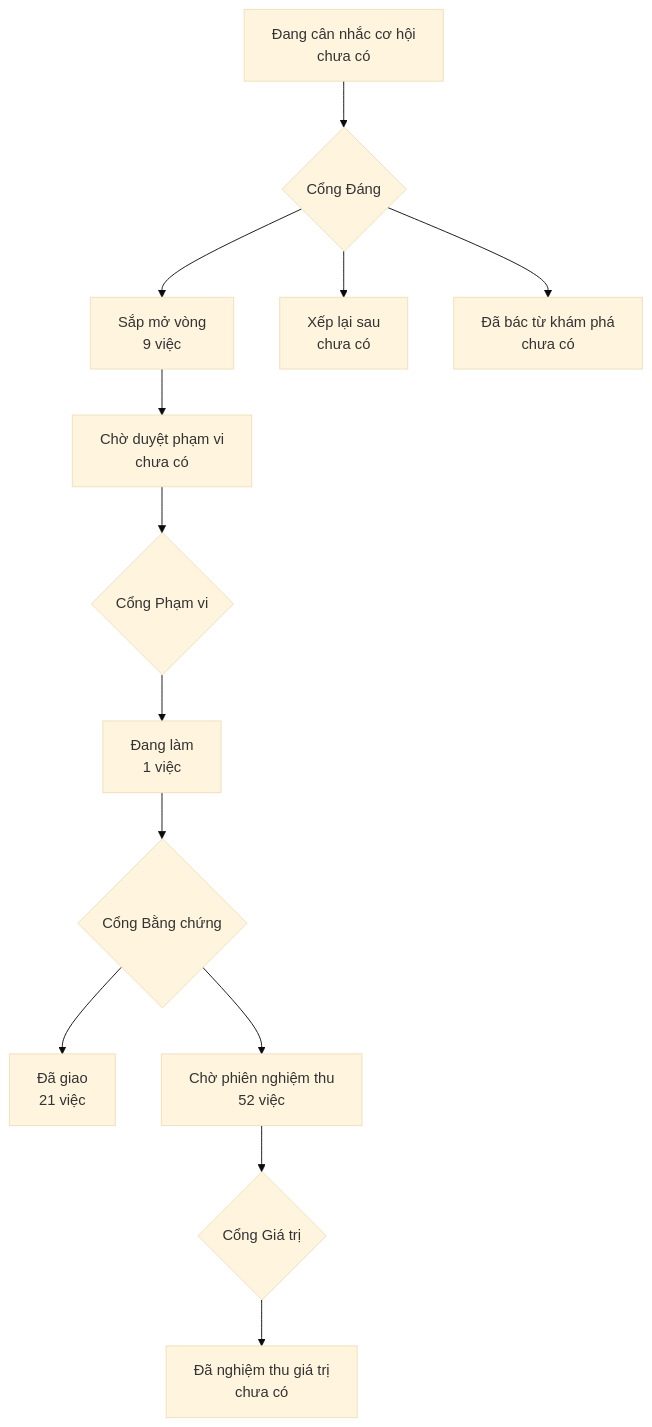
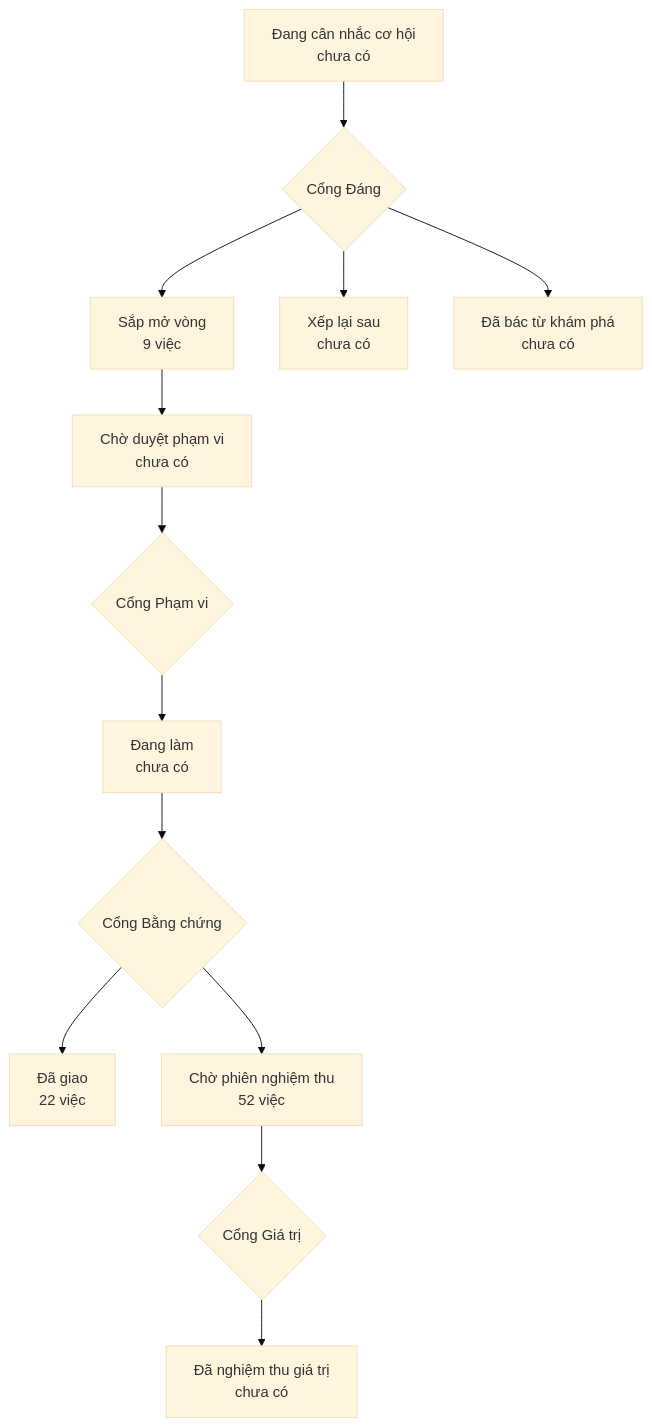
One commit to phanlemanh/onehub-inventory changed the diagram in PRODUCT-MAP.md. Above: the diagram before and after it, drawn with Mermaid (base theme). The commit also changed other lines of this file and 4 other files, not shown here.

````diff
--- a/PRODUCT-MAP.md
+++ b/PRODUCT-MAP.md
@@ -7,12 +7,12 @@
 ```mermaid
 flowchart TD
   A["Đang cân nhắc cơ hội<br/>chưa có"] --> GD{"Cổng Đáng"}
   GD --> B["Sắp mở vòng<br/>9 việc"]
   GD --> XL["Xếp lại sau<br/>chưa có"]
   GD --> DB["Đã bác từ khám phá<br/>chưa có"]
   B --> CD["Chờ duyệt phạm vi<br/>chưa có"] --> GP{"Cổng Phạm vi"}
-  GP --> DL["Đang làm<br/>1 việc"] --> GB{"Cổng Bằng chứng"}
-  GB --> DG["Đã giao<br/>21 việc"]
+  GP --> DL["Đang làm<br/>chưa có"] --> GB{"Cổng Bằng chứng"}
+  GB --> DG["Đã giao<br/>22 việc"]
   GB --> CN["Chờ phiên nghiệm thu<br/>52 việc"] --> GG{"Cổng Giá trị"}
   GG --> NT["Đã nghiệm thu giá trị<br/>chưa có"]
 ```
````
